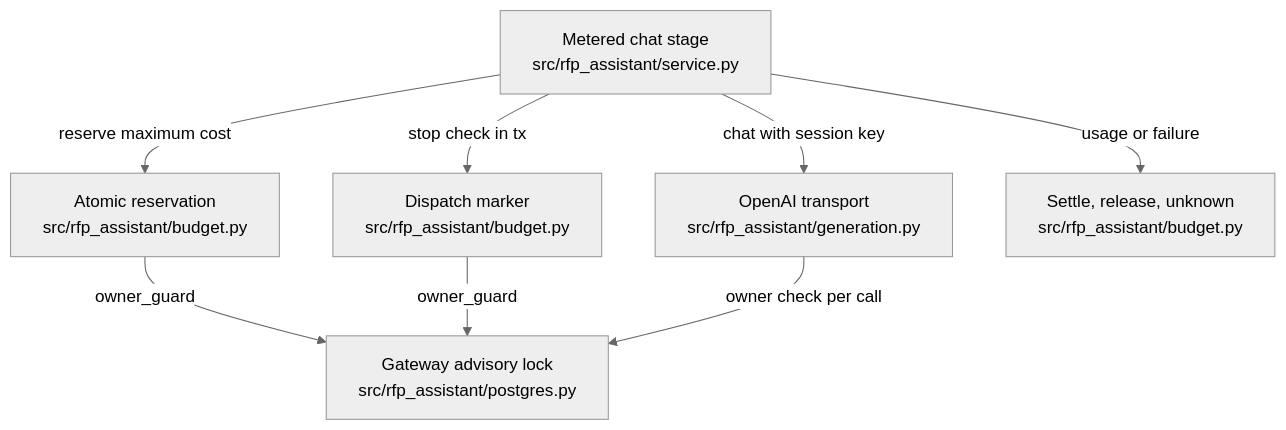
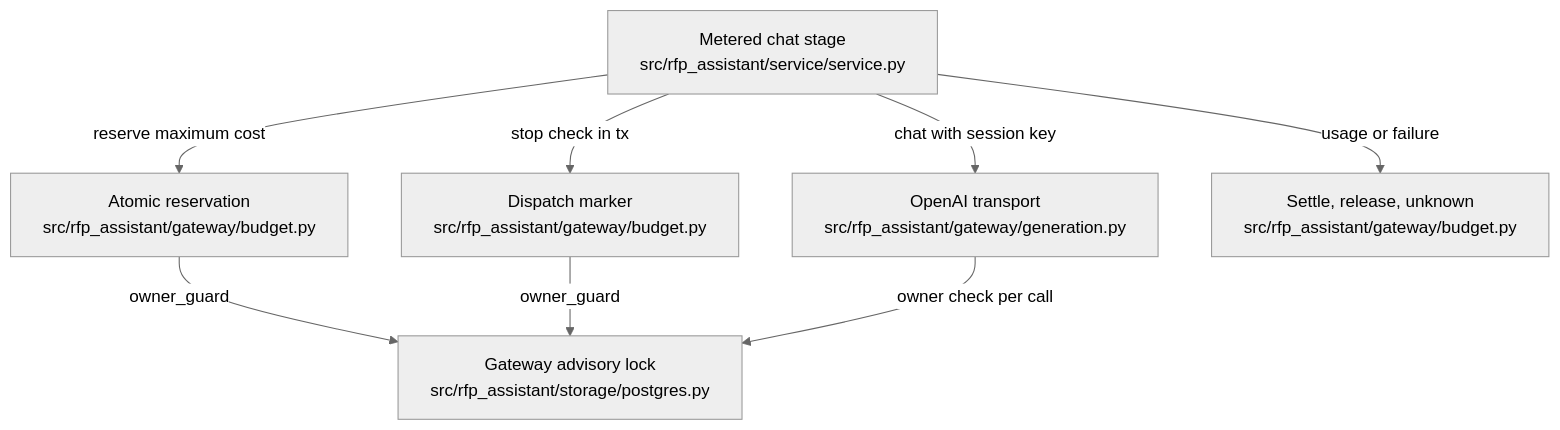
Before and after one commit to littleeeeebit/project-codeit-mid: the diagram in .omm/overall-architecture/paid-gateway/diagram.mmd, drawn with Mermaid (neutral theme). The commit also changed 13 other files, not shown here.

Commit message:
Name the layer package paths in docs and diagrams

```diff
--- a/.omm/overall-architecture/paid-gateway/diagram.mmd
+++ b/.omm/overall-architecture/paid-gateway/diagram.mmd
@@ -1,8 +1,8 @@
 graph TD
-  metered-chat["Metered chat stage\nsrc/rfp_assistant/service.py"] -->|"reserve maximum cost"| budget-reserve["Atomic reservation\nsrc/rfp_assistant/budget.py"]
-  metered-chat -->|"stop check in tx"| dispatch-guard["Dispatch marker\nsrc/rfp_assistant/budget.py"]
-  budget-reserve -->|"owner_guard"| gateway-owner["Gateway advisory lock\nsrc/rfp_assistant/postgres.py"]
+  metered-chat["Metered chat stage\nsrc/rfp_assistant/service/service.py"] -->|"reserve maximum cost"| budget-reserve["Atomic reservation\nsrc/rfp_assistant/gateway/budget.py"]
+  metered-chat -->|"stop check in tx"| dispatch-guard["Dispatch marker\nsrc/rfp_assistant/gateway/budget.py"]
+  budget-reserve -->|"owner_guard"| gateway-owner["Gateway advisory lock\nsrc/rfp_assistant/storage/postgres.py"]
   dispatch-guard -->|"owner_guard"| gateway-owner
-  metered-chat -->|"chat with session key"| openai-transport["OpenAI transport\nsrc/rfp_assistant/generation.py"]
+  metered-chat -->|"chat with session key"| openai-transport["OpenAI transport\nsrc/rfp_assistant/gateway/generation.py"]
   openai-transport -->|"owner check per call"| gateway-owner
-  metered-chat -->|"usage or failure"| settlement["Settle, release, unknown\nsrc/rfp_assistant/budget.py"]
+  metered-chat -->|"usage or failure"| settlement["Settle, release, unknown\nsrc/rfp_assistant/gateway/budget.py"]
```
